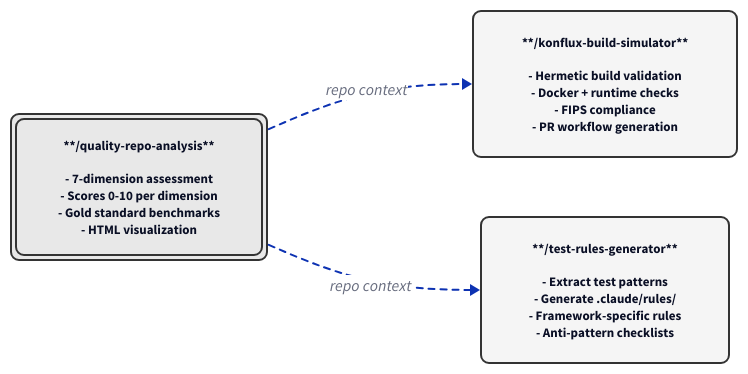
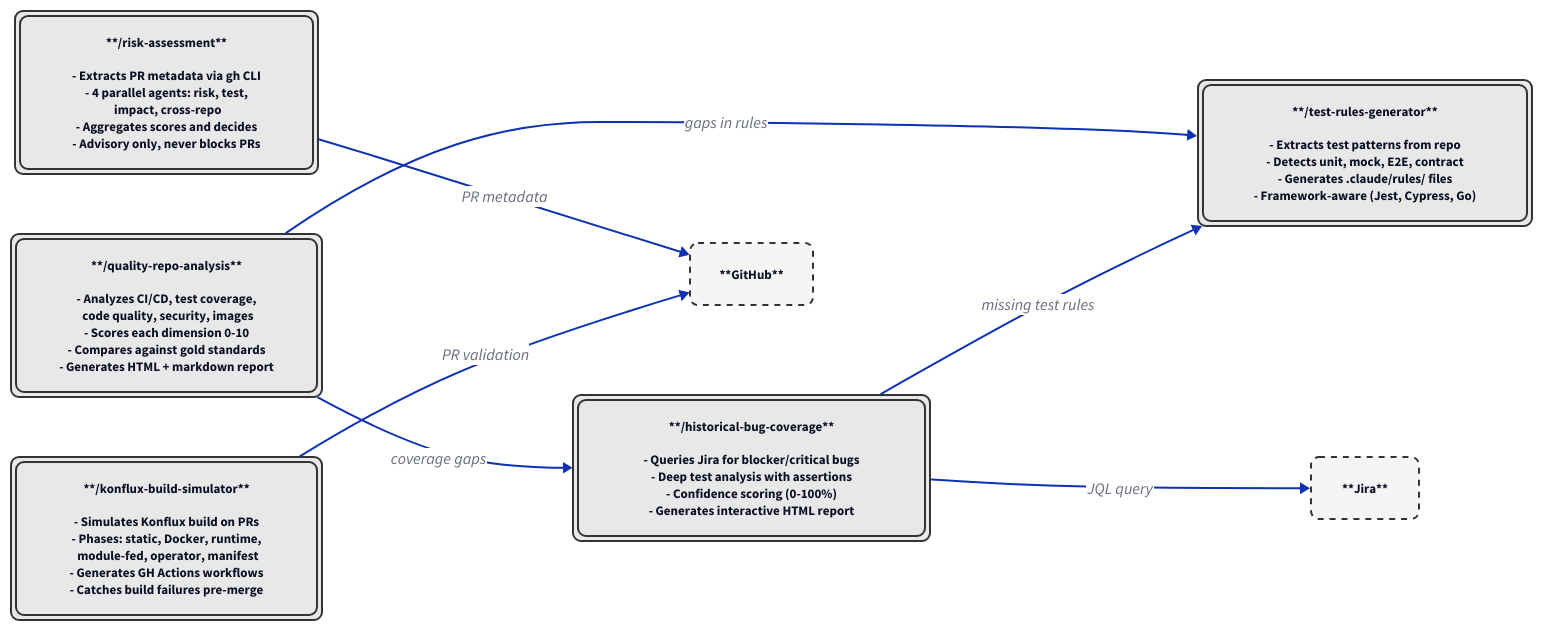
The diagram in site/docs/plugins/quality-tooling/pipeline.d2 (opendatahub-io/skills-registry), drawn with D2 before and after one commit. The commit also changed 19 other files, not shown here.

First line of the commit message:
Regenerate diagrams for quality-tooling plugin

```diff
--- a/site/docs/plugins/quality-tooling/pipeline.d2
+++ b/site/docs/plugins/quality-tooling/pipeline.d2
@@ -1,52 +1,129 @@
 direction: right
 
 *.style.border-radius: 8
 *.style.font-size: 13
 *.style.fill: "#f5f5f5"
 *.style.stroke: "#333333"
 
+# --- Entry: Quality Repo Analysis ---
+
 quality-repo-analysis: |md
   **/quality-repo-analysis**
 
-  - 7-dimension assessment
-  - Scores 0-10 per dimension
-  - Gold standard benchmarks
-  - HTML visualization
+  - Analyzes CI/CD, test coverage,
+    code quality, security, images
+  - Scores each dimension 0-10
+  - Compares against gold standards
+  - Generates HTML + markdown report
 | {
   shape: rectangle
   style.fill: "#e8e8e8"
   style.stroke: "#333333"
   style.stroke-width: 2
   style.double-border: true
 }
 
+# --- Test Rules Generator ---
+
+test-rules-generator: |md
+  **/test-rules-generator**
+
+  - Extracts test patterns from repo
+  - Detects unit, mock, E2E, contract
+  - Generates .claude/rules/ files
+  - Framework-aware (Jest, Cypress, Go)
+| {
+  shape: rectangle
+  style.fill: "#e8e8e8"
+  style.stroke: "#333333"
+  style.stroke-width: 2
+  style.double-border: true
+}
+
+# --- Historical Bug Coverage ---
+
+historical-bug-coverage: |md
+  **/historical-bug-coverage**
+
+  - Queries Jira for blocker/critical bugs
+  - Deep test analysis with assertions
+  - Confidence scoring (0-100%)
+  - Generates interactive HTML report
+| {
+  shape: rectangle
+  style.fill: "#e8e8e8"
+  style.stroke: "#333333"
+  style.stroke-width: 2
+  style.double-border: true
+}
+
+# --- Konflux Build Simulator ---
+
 konflux-build-simulator: |md
   **/konflux-build-simulator**
 
-  - Hermetic build validation
-  - Docker + runtime checks
-  - FIPS compliance
-  - PR workflow generation
+  - Simulates Konflux build on PRs
+  - Phases: static, Docker, runtime,
+    module-fed, operator, manifest
+  - Generates GH Actions workflows
+  - Catches build failures pre-merge
+| {
+  shape: rectangle
+  style.fill: "#e8e8e8"
+  style.stroke: "#333333"
+  style.stroke-width: 2
+  style.double-border: true
+}
+
+# --- Risk Assessment ---
+
+risk-assessment: |md
+  **/risk-assessment**
+
+  - Extracts PR metadata via gh CLI
+  - 4 parallel agents: risk, test,
+    impact, cross-repo
+  - Aggregates scores and decides
+  - Advisory only, never blocks PRs
+| {
+  shape: rectangle
+  style.fill: "#e8e8e8"
+  style.stroke: "#333333"
+  style.stroke-width: 2
+  style.double-border: true
+}
+
+# --- External Services ---
+
+jira: |md
+  **Jira**
 | {
   shape: rectangle
   style.fill: "#f5f5f5"
   style.stroke: "#333333"
   style.stroke-width: 2
+  style.stroke-dash: 3
 }
 
-test-rules-generator: |md
-  **/test-rules-generator**
-
-  - Extract test patterns
-  - Generate .claude/rules/
-  - Framework-specific rules
-  - Anti-pattern checklists
+github: |md
+  **GitHub**
 | {
   shape: rectangle
   style.fill: "#f5f5f5"
   style.stroke: "#333333"
   style.stroke-width: 2
+  style.stroke-dash: 3
 }
 
-quality-repo-analysis -> konflux-build-simulator: "repo context" {style.stroke-dash: 3}
-quality-repo-analysis -> test-rules-generator: "repo context" {style.stroke-dash: 3}
+# --- Flow: Quality Analysis Cluster ---
+
+quality-repo-analysis -> test-rules-generator: "gaps in rules"
+quality-repo-analysis -> historical-bug-coverage: "coverage gaps"
+
+historical-bug-coverage -> test-rules-generator: "missing test rules"
+
+# --- External Service Edges ---
+
+historical-bug-coverage -> jira: "JQL query"
+risk-assessment -> github: "PR metadata"
+konflux-build-simulator -> github: "PR validation"
```
